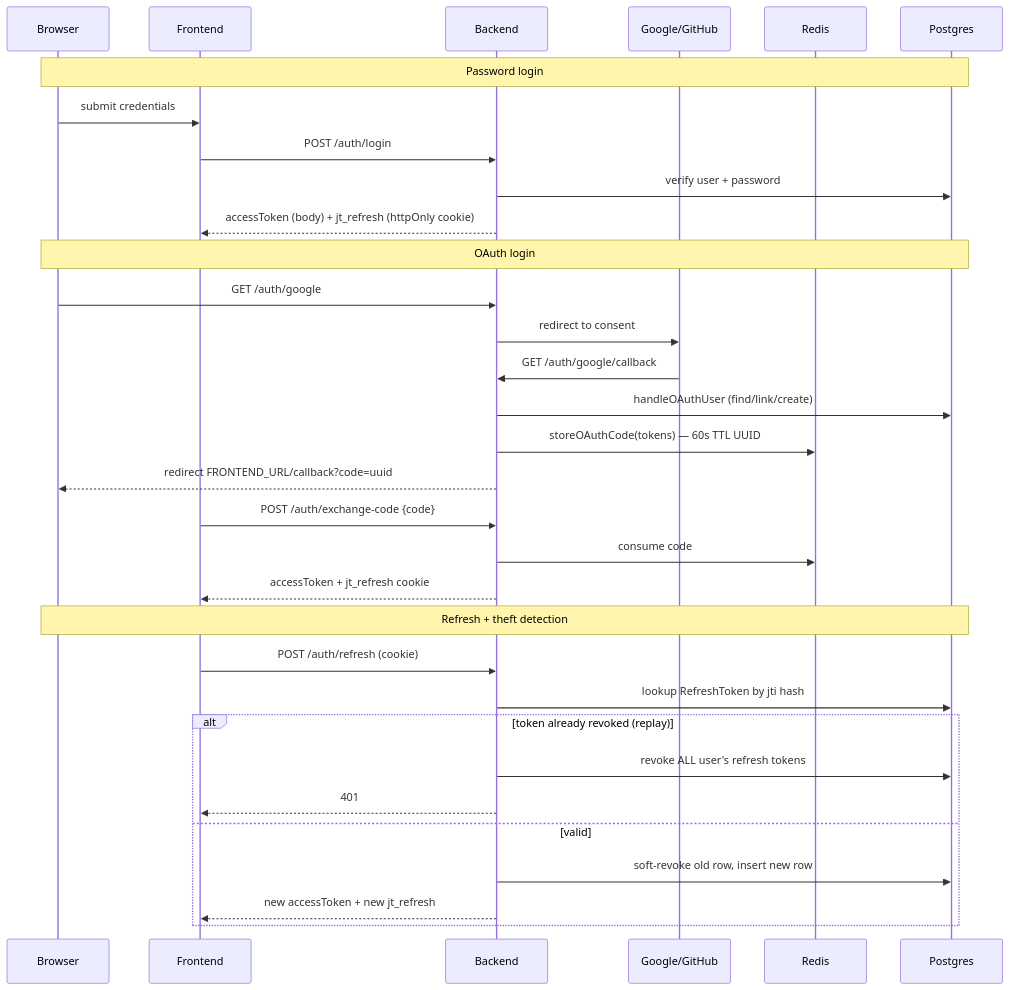
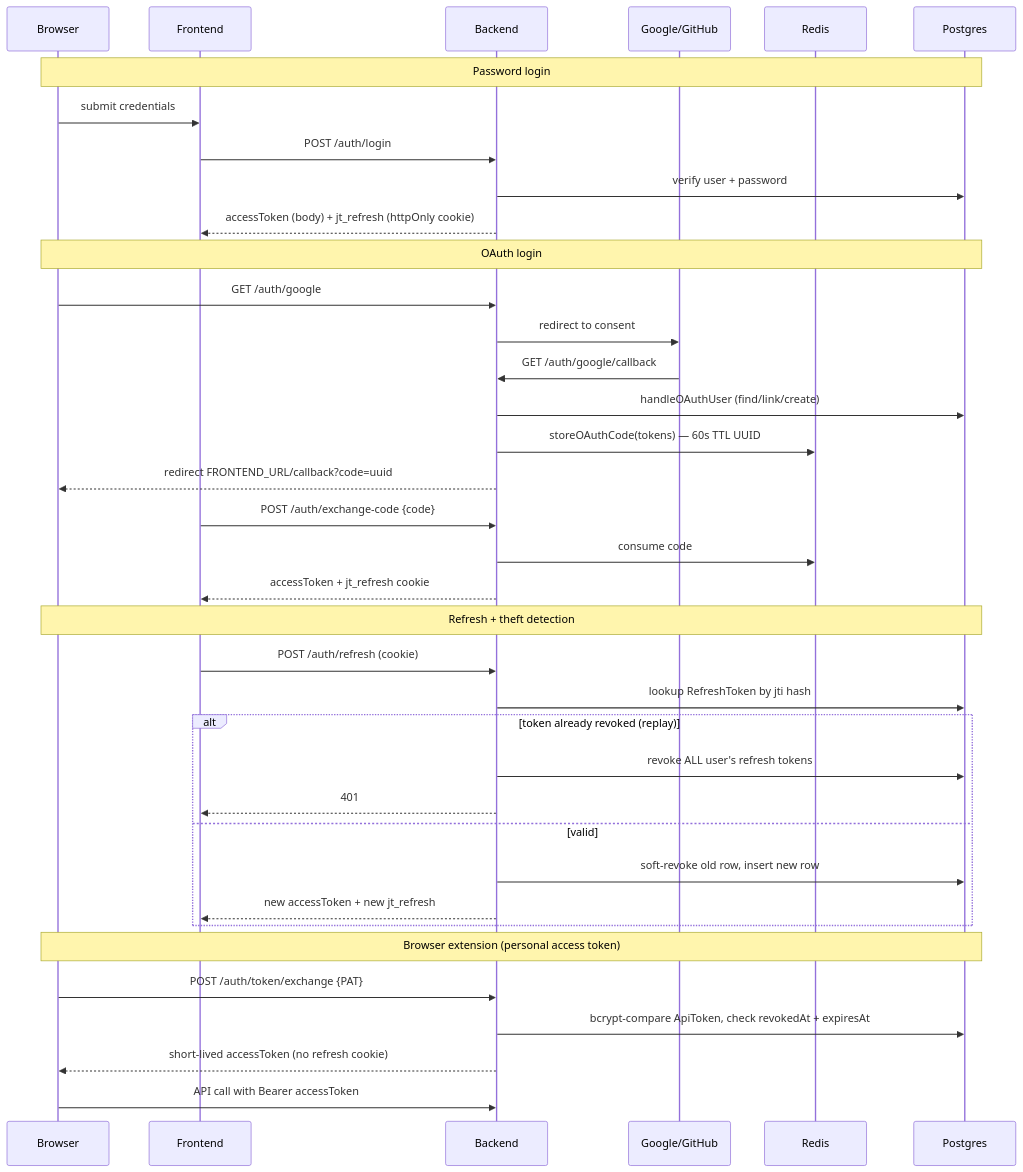
One commit to muhammadasif2017/job-tracker changed the third of 6 diagrams in docs/architecture.md. Above: the diagram before and after it, drawn with Mermaid. The commit also changed other lines of this file, not shown here.

Commit message:
Update architecture diagrams with data flow (#388)

````diff
--- a/docs/architecture.md
+++ b/docs/architecture.md
@@ -91,37 +111,43 @@
 ```mermaid
 sequenceDiagram
     participant B as Browser
     participant FE as Frontend
     participant BE as Backend
     participant G as Google/GitHub
     participant R as Redis
     participant DB as Postgres
 
     Note over B,DB: Password login
     B->>FE: submit credentials
     FE->>BE: POST /auth/login
     BE->>DB: verify user + password
     BE-->>FE: accessToken (body) + jt_refresh (httpOnly cookie)
 
     Note over B,DB: OAuth login
     B->>BE: GET /auth/google
     BE->>G: redirect to consent
     G->>BE: GET /auth/google/callback
     BE->>DB: handleOAuthUser (find/link/create)
     BE->>R: storeOAuthCode(tokens) — 60s TTL UUID
     BE-->>B: redirect FRONTEND_URL/callback?code=uuid
     FE->>BE: POST /auth/exchange-code {code}
     BE->>R: consume code
     BE-->>FE: accessToken + jt_refresh cookie
 
     Note over B,DB: Refresh + theft detection
     FE->>BE: POST /auth/refresh (cookie)
     BE->>DB: lookup RefreshToken by jti hash
     alt token already revoked (replay)
         BE->>DB: revoke ALL user's refresh tokens
         BE-->>FE: 401
     else valid
         BE->>DB: soft-revoke old row, insert new row
         BE-->>FE: new accessToken + new jt_refresh
     end
+
+    Note over B,DB: Browser extension (personal access token)
+    B->>BE: POST /auth/token/exchange {PAT}
+    BE->>DB: bcrypt-compare ApiToken, check revokedAt + expiresAt
+    BE-->>B: short-lived accessToken (no refresh cookie)
+    B->>BE: API call with Bearer accessToken
 ```
````
